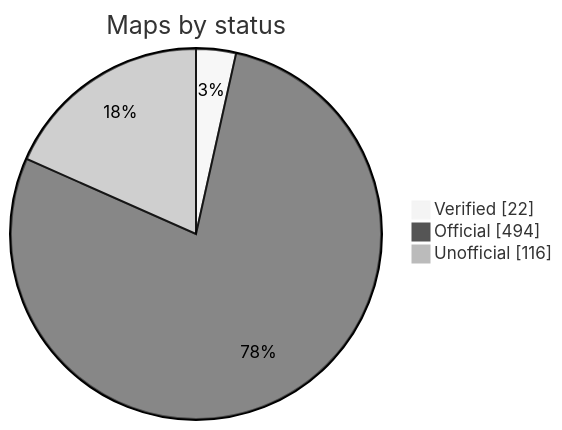
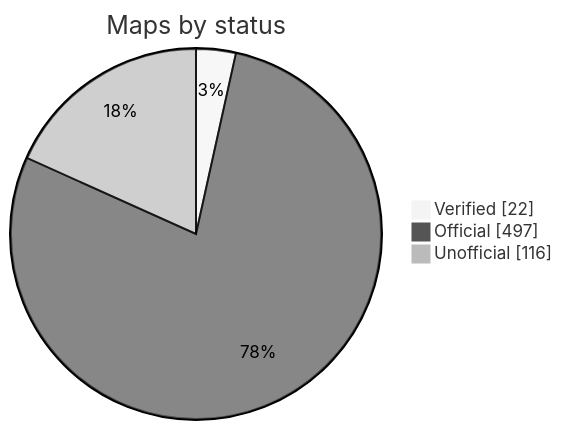
The diagram in README.md (nobrega8/mbmap-library), drawn with Mermaid (neutral theme) before and after one commit. The commit also changed 8 other files, not shown here.

````diff
--- a/README.md
+++ b/README.md
@@ -52,7 +52,7 @@
 ```mermaid
 pie showData
     title Maps by status
     "Verified" : 22
-    "Official" : 494
+    "Official" : 497
     "Unofficial" : 116
 ```
````
